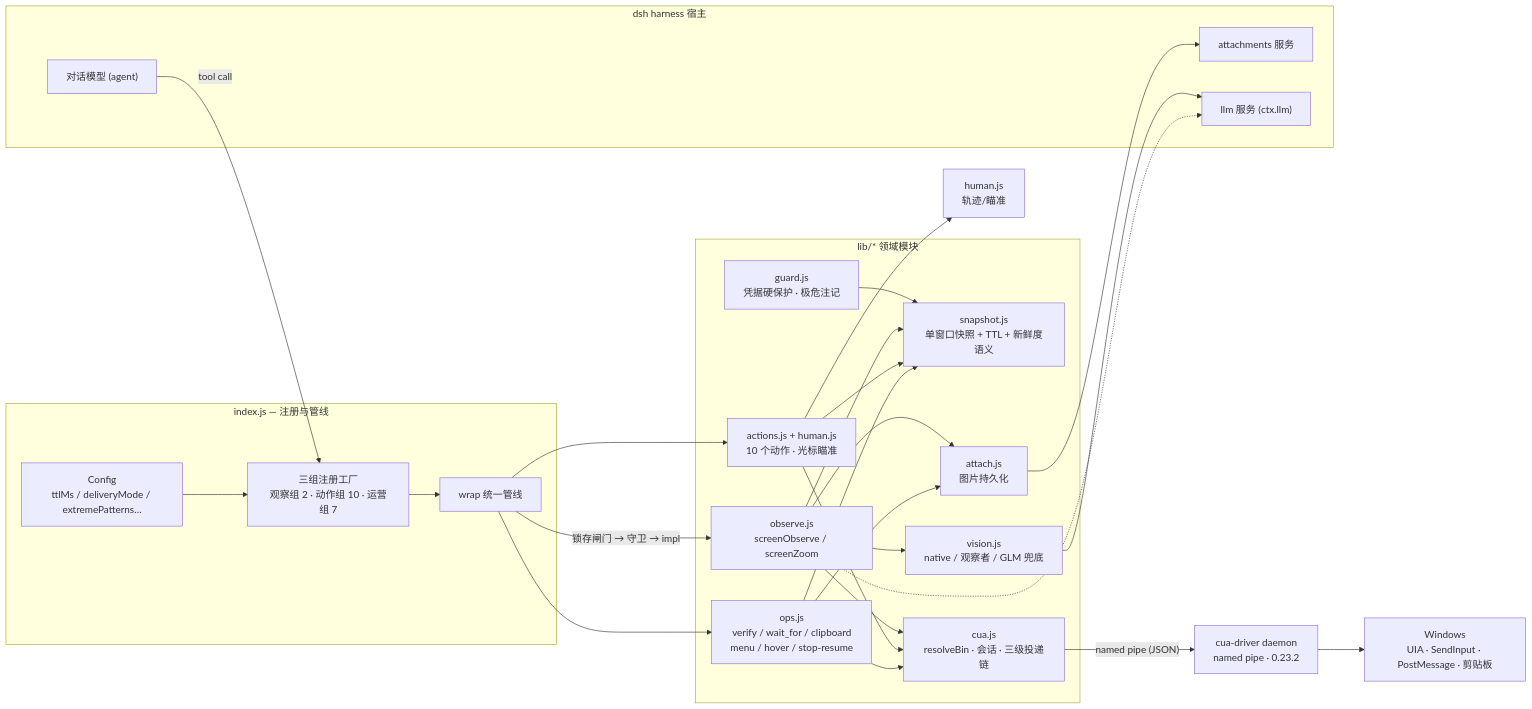
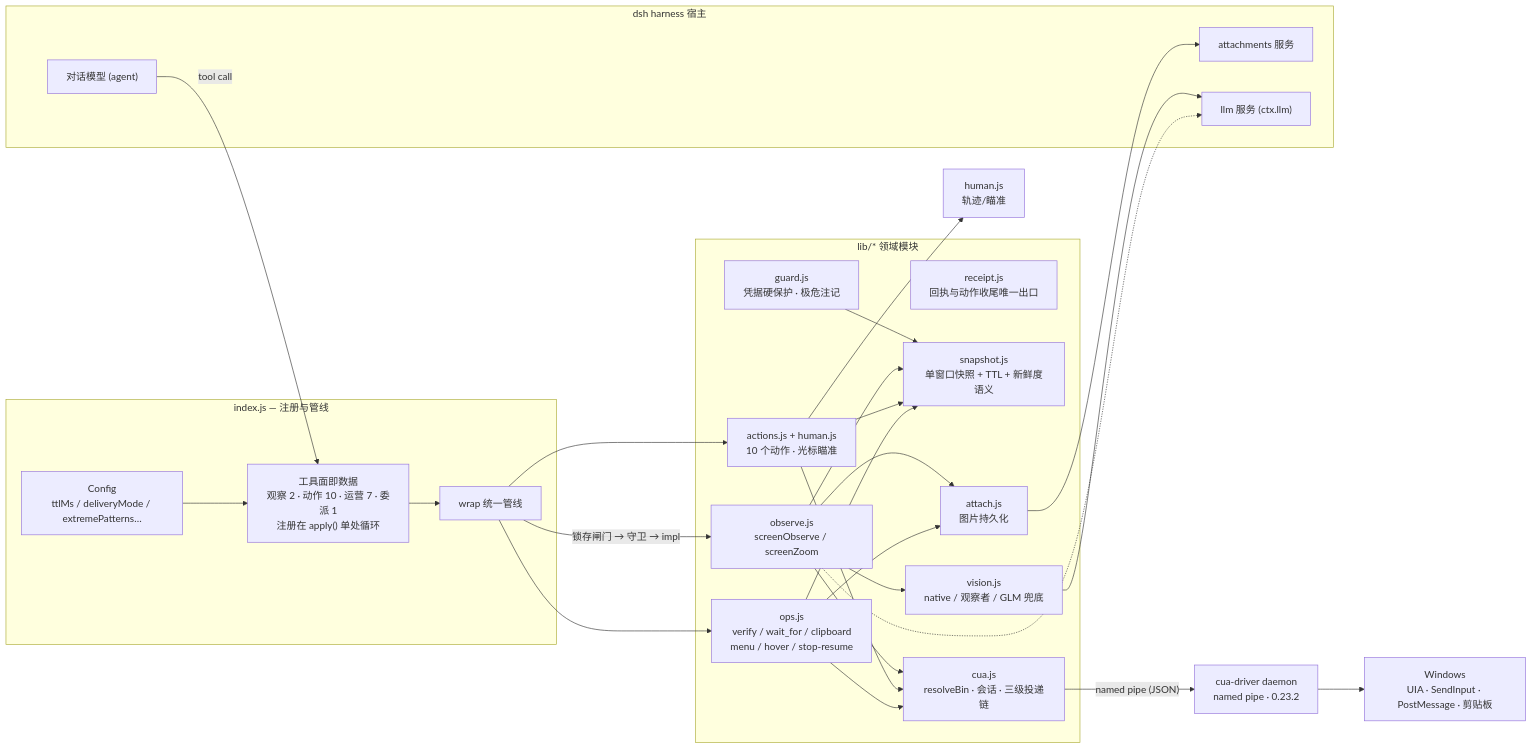
The first of 4 diagrams in docs/ARCHITECTURE.md (orangeofcarl0-sys/dsh-computer-use), drawn with Mermaid before and after one commit. The commit also changed other lines of this file and 9 other files, not shown here.

````diff
--- a/docs/ARCHITECTURE.md
+++ b/docs/ARCHITECTURE.md
@@ -24,46 +27,47 @@
 ```mermaid
 graph LR
   subgraph HOST["dsh harness 宿主"]
     MODEL["对话模型 (agent)"]
     ATT["attachments 服务"]
     LLMSVC["llm 服务 (ctx.llm)"]
   end
 
   subgraph IDX["index.js — 注册与管线"]
-    REG["三组注册工厂<br/>观察组 2 · 动作组 10 · 运营组 7"]
+    REG["工具面即数据<br/>观察 2 · 动作 10 · 运营 7 · 委派 1<br/>注册在 apply() 单处循环"]
     WRAP["wrap 统一管线"]
     CFG["Config<br/>ttlMs / deliveryMode / extremePatterns…"]
   end
 
   subgraph LIB["lib/* 领域模块"]
     OBS["observe.js<br/>screenObserve / screenZoom"]
     ACT["actions.js + human.js<br/>10 个动作 · 光标瞄准"]
     OPS["ops.js<br/>verify / wait_for / clipboard<br/>menu / hover / stop-resume"]
     GUARD["guard.js<br/>凭据硬保护 · 极危注记"]
+    RCPT["receipt.js<br/>回执与动作收尾唯一出口"]
     SNAP["snapshot.js<br/>单窗口快照 + TTL + 新鲜度语义"]
     VIS["vision.js<br/>native / 观察者 / GLM 兜底"]
     ATTACH["attach.js<br/>图片持久化"]
     CUA["cua.js<br/>resolveBin · 会话 · 三级投递链"]
   end
 
   DRIVER["cua-driver daemon<br/>named pipe · 0.23.2"]
   OS["Windows<br/>UIA · SendInput · PostMessage · 剪贴板"]
 
   MODEL -- "tool call" --> REG
   CFG --> REG
   REG --> WRAP
   WRAP -->|"锁存闸门 → 守卫 → impl"| OBS
   WRAP --> ACT
   WRAP --> OPS
   GUARD --> SNAP
   OBS --> SNAP & VIS & ATTACH & CUA
   ACT --> HUMAN2 & SNAP & CUA
   OPS --> SNAP & ATTACH & CUA
   VIS --> LLMSVC
   ATTACH --> ATT
   OBS -.-> LLMSVC
   CUA -->|"named pipe (JSON)"| DRIVER
   DRIVER --> OS
 
   HUMAN2["human.js<br/>轨迹/瞄准"]
 ```
````
